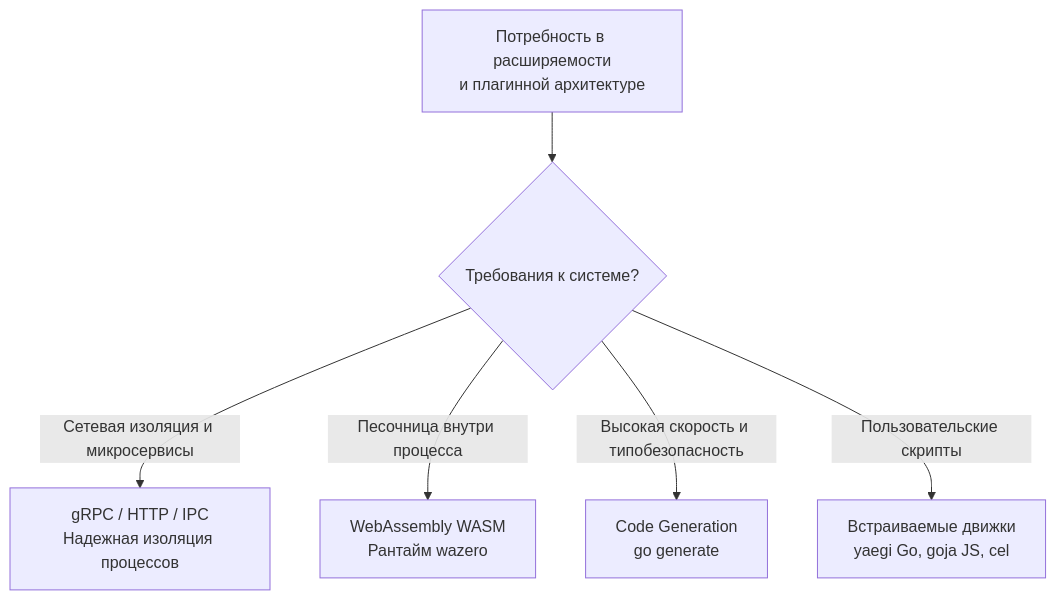
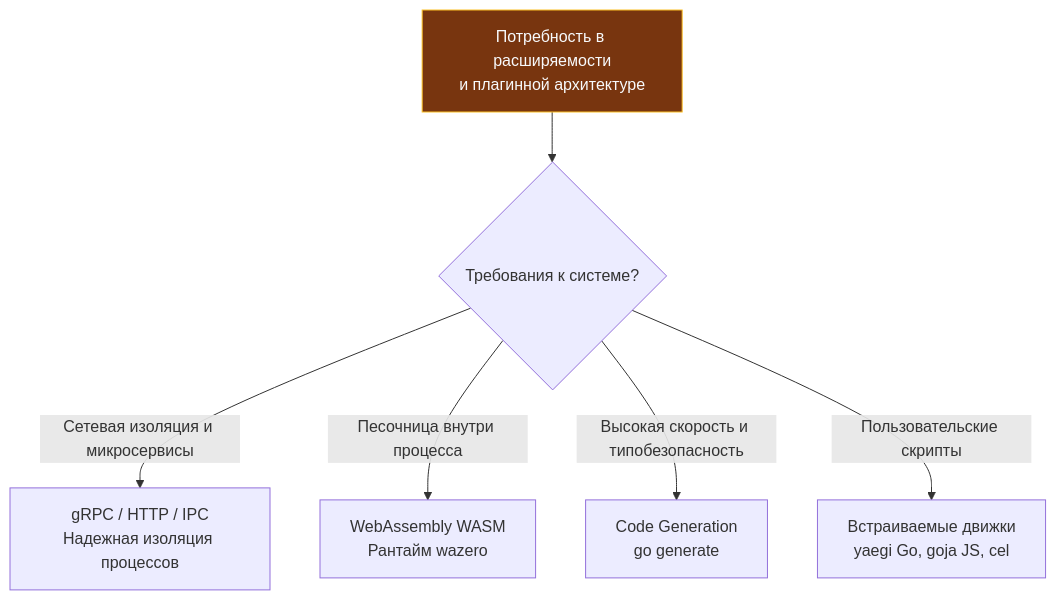
One commit to UnrealTemplier/go-textbook changed the second of 2 diagrams in sources/6. Стандартная библиотека Go/47. plugin. Динамическая загрузка модулей.md. Above: the diagram before and after it, drawn with Mermaid. The commit also changed other lines of this file and 1666 other files, not shown here.

First line of the commit message:
feat(mermaid): add semantic color classDef to 1369 colorless flowchart/graph diagrams

````diff
--- a/sources/6. Стандартная библиотека Go/47. plugin. Динамическая загрузка модулей.md
+++ b/sources/6. Стандартная библиотека Go/47. plugin. Динамическая загрузка модулей.md
@@ -116,8 +126,18 @@
 ```mermaid
 flowchart TD
-    A["Потребность в расширяемости<br>и плагинной архитектуре"] --> B{"Требования к системе?"}
+    classDef process  fill:#1e293b,stroke:#38bdf8,stroke-width:1px,color:#f8fafc
+    classDef success  fill:#064e3b,stroke:#34d399,stroke-width:1px,color:#f8fafc
+    classDef error    fill:#7f1d1d,stroke:#f87171,stroke-width:1px,color:#f8fafc
+    classDef warning  fill:#78350f,stroke:#fbbf24,stroke-width:1px,color:#f8fafc
+    classDef entry    fill:#1e3a5f,stroke:#38bdf8,stroke-width:2px,color:#f8fafc
+    classDef aux      fill:#334155,stroke:#64748b,stroke-width:1px,color:#f8fafc
+    classDef system   fill:#312e81,stroke:#a78bfa,stroke-width:1px,color:#f8fafc
+    classDef data     fill:#132d29,stroke:#2dd4bf,stroke-width:1px,color:#f8fafc
+    classDef network  fill:#881337,stroke:#fb7185,stroke-width:1px,color:#f8fafc
+    classDef accent   fill:#1e1b4b,stroke:#818cf8,stroke-width:1px,color:#f8fafc
+    A["Потребность в расширяемости<br>и плагинной архитектуре"]:::warning --> B{"Требования к системе?"}
     B -->|Сетевая изоляция и микросервисы| C["gRPC / HTTP / IPC<br>Надежная изоляция процессов"]
     B -->|Песочница внутри процесса| D["WebAssembly WASM<br>Рантайм wazero"]
     B -->|Высокая скорость и типобезопасность| E["Code Generation<br>go generate"]
     B -->|Пользовательские скрипты| F["Встраиваемые движки<br>yaegi Go, goja JS, cel"]
 ```
````
